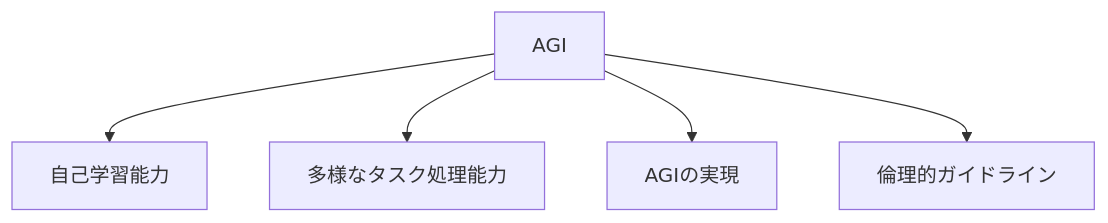
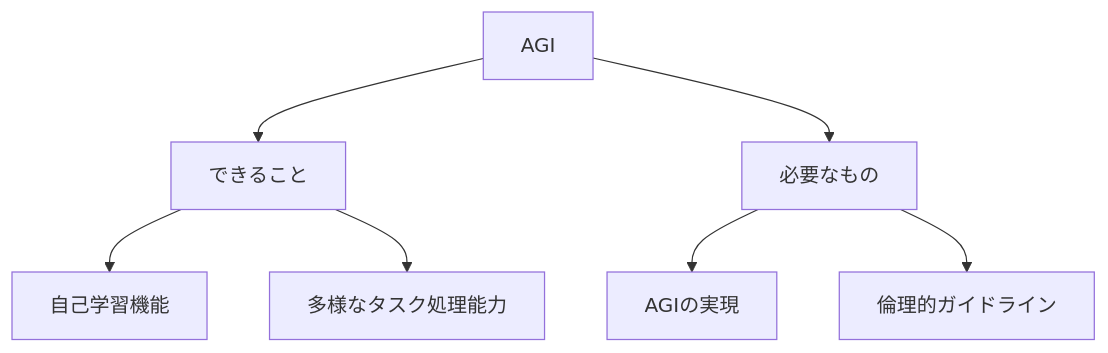
One commit to SparklingDetergent/doc_genai_Proposal_for_introducing_generative_AI_with_emphasis_on_safety changed diagram 13 of 13 in README.md. Above: the diagram before and after it, drawn with Mermaid. The commit also changed other lines of this file, not shown here.

````diff
--- a/README.md
+++ b/README.md
@@ -402,7 +520,9 @@
 ```mermaid
-graph TD;
-    A[AGI] --> B[自己学習能力];
-    A --> C[多様なタスク処理能力];
-    A --> D[AGIの実現];
-    A --> E[倫理的ガイドライン];
+graph TD
+    A[AGI] --> B[できること]
+    B --> C[自己学習機能]
+    B --> D[多様なタスク処理能力]
+    A --> E[必要なもの]
+    E --> F[AGIの実現]
+    E --> G[倫理的ガイドライン]
 ```
````
